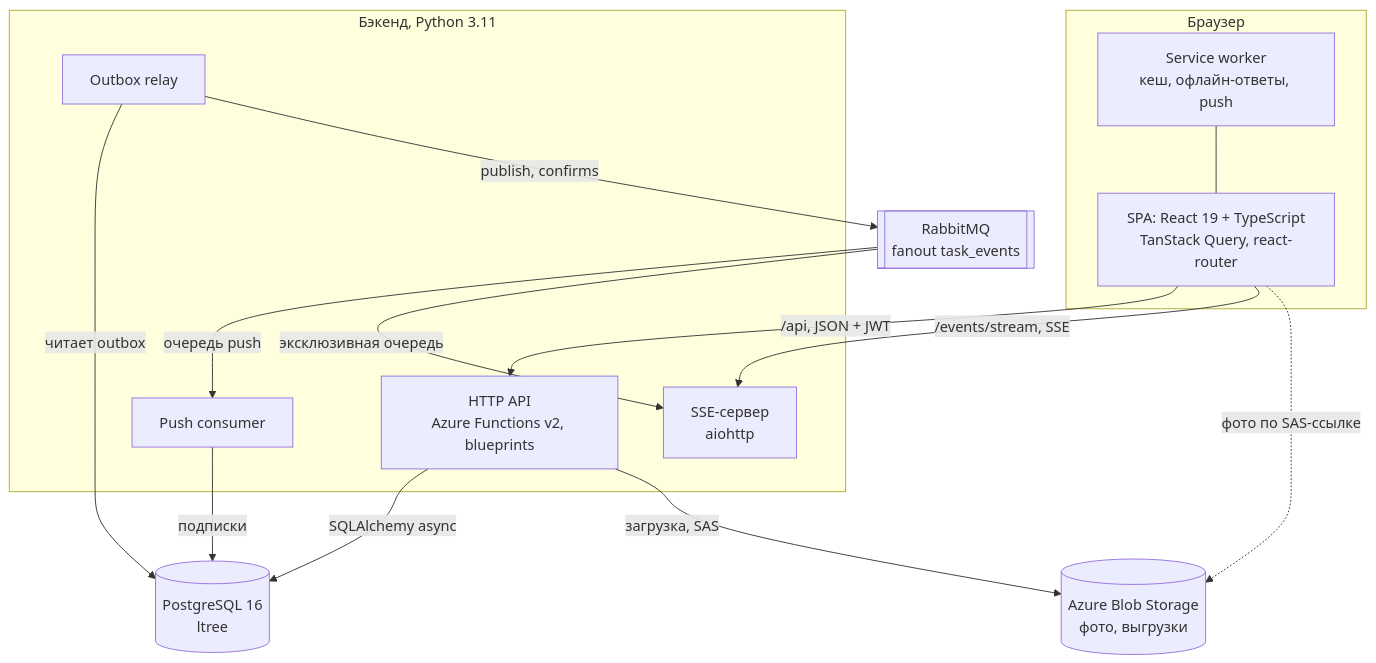
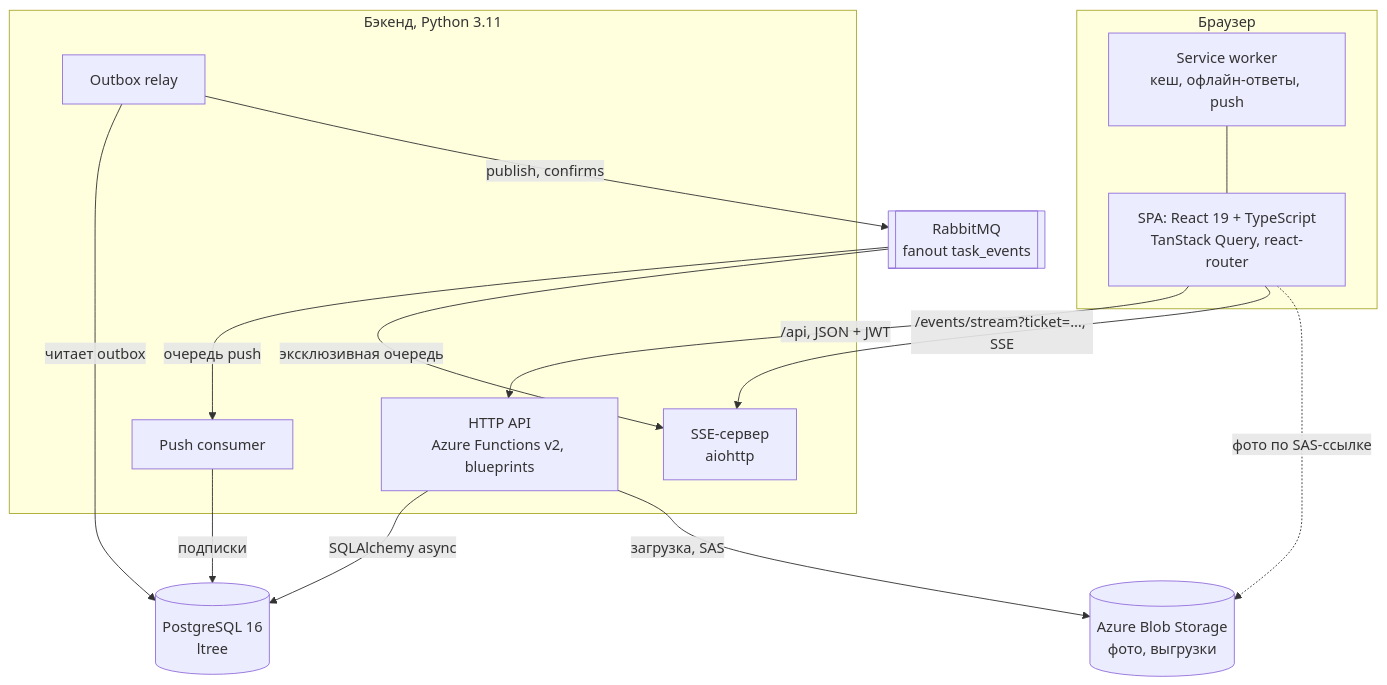
The second of 8 diagrams in docs/architecture.md (AlHudnitskii/cleaning-platform), drawn with Mermaid before and after one commit. The commit also changed other lines of this file and 11 other files, not shown here.

First line of the commit message:
Open the event stream with a single-use ticket instead of the token

````diff
--- a/docs/architecture.md
+++ b/docs/architecture.md
@@ -33,31 +33,31 @@
 ```mermaid
 flowchart TB
     subgraph browser[Браузер]
         spa[SPA: React 19 + TypeScript<br/>TanStack Query, react-router]
         sw[Service worker<br/>кеш, офлайн-ответы, push]
     end
 
     subgraph backend[Бэкенд, Python 3.11]
         api[HTTP API<br/>Azure Functions v2, blueprints]
         relay[Outbox relay]
         consumer[Push consumer]
         sse[SSE-сервер<br/>aiohttp]
     end
 
     db[(PostgreSQL 16<br/>ltree)]
     mq[[RabbitMQ<br/>fanout task_events]]
     blob[(Azure Blob Storage<br/>фото, выгрузки)]
 
     spa -- "/api, JSON + JWT" --> api
-    spa -- "/events/stream, SSE" --> sse
+    spa -- "/events/stream?ticket=…, SSE" --> sse
     spa -. "фото по SAS-ссылке" .-> blob
     sw --- spa
 
     api -- "SQLAlchemy async" --> db
     api -- "загрузка, SAS" --> blob
     relay -- "читает outbox" --> db
     relay -- "publish, confirms" --> mq
     mq -- "очередь push" --> consumer
     mq -- "эксклюзивная очередь" --> sse
     consumer -- "подписки" --> db
 ```
````
